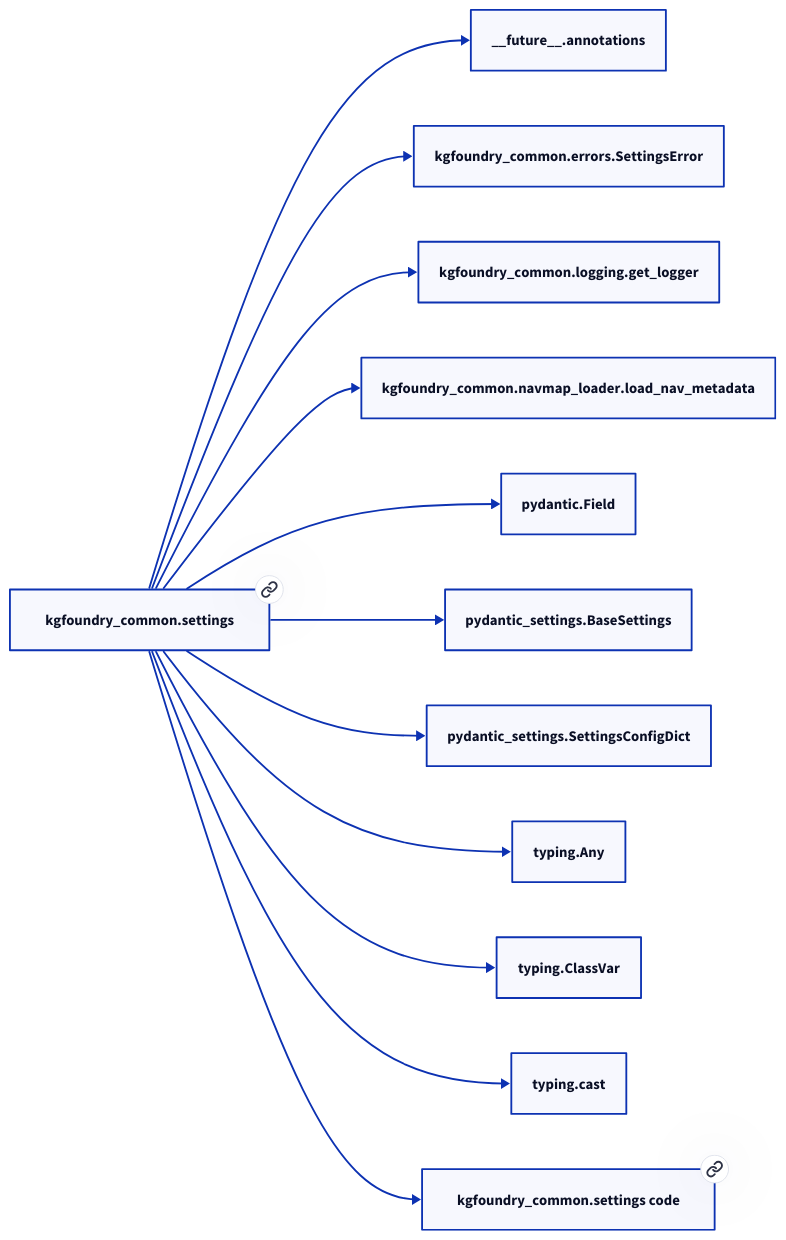
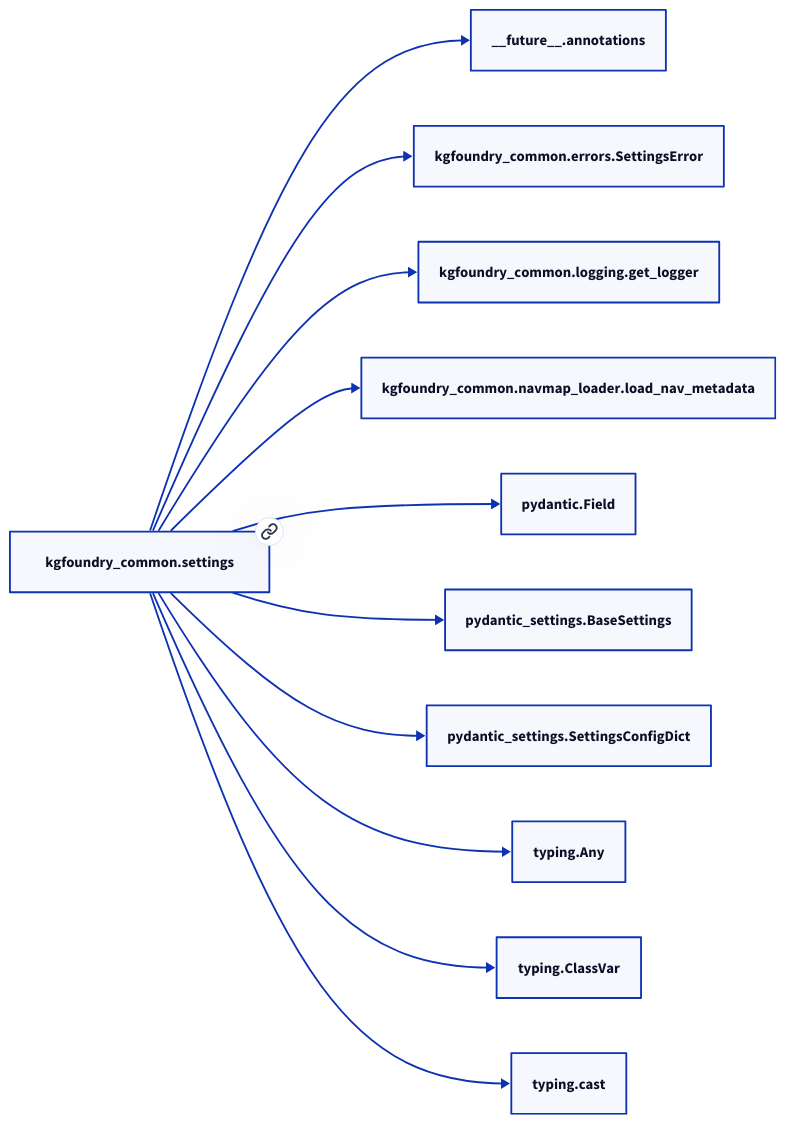
The second of 2 diagrams in docs/modules/kgfoundry_common/settings.md (paul-heyse/kgforge), drawn with D2 before and after one commit. The commit also changed other lines of this file and 118 other files, not shown here.

````diff
--- a/docs/modules/kgfoundry_common/settings.md
+++ b/docs/modules/kgfoundry_common/settings.md
@@ -77,26 +75,24 @@
 ```d2
 direction: right
-"kgfoundry_common.settings": "kgfoundry_common.settings" { link: "./kgfoundry_common/settings.md" }
+"kgfoundry_common.settings": "kgfoundry_common.settings" { link: "settings.md" }
 "__future__.annotations": "__future__.annotations"
 "kgfoundry_common.settings" -> "__future__.annotations"
 "kgfoundry_common.errors.SettingsError": "kgfoundry_common.errors.SettingsError"
 "kgfoundry_common.settings" -> "kgfoundry_common.errors.SettingsError"
 "kgfoundry_common.logging.get_logger": "kgfoundry_common.logging.get_logger"
 "kgfoundry_common.settings" -> "kgfoundry_common.logging.get_logger"
 "kgfoundry_common.navmap_loader.load_nav_metadata": "kgfoundry_common.navmap_loader.load_nav_metadata"
 "kgfoundry_common.settings" -> "kgfoundry_common.navmap_loader.load_nav_metadata"
 "pydantic.Field": "pydantic.Field"
 "kgfoundry_common.settings" -> "pydantic.Field"
 "pydantic_settings.BaseSettings": "pydantic_settings.BaseSettings"
 "kgfoundry_common.settings" -> "pydantic_settings.BaseSettings"
 "pydantic_settings.SettingsConfigDict": "pydantic_settings.SettingsConfigDict"
 "kgfoundry_common.settings" -> "pydantic_settings.SettingsConfigDict"
 "typing.Any": "typing.Any"
 "kgfoundry_common.settings" -> "typing.Any"
 "typing.ClassVar": "typing.ClassVar"
 "kgfoundry_common.settings" -> "typing.ClassVar"
 "typing.cast": "typing.cast"
 "kgfoundry_common.settings" -> "typing.cast"
-"kgfoundry_common.settings_code": "kgfoundry_common.settings code" { link: "https://github.com/kgfoundry/kgfoundry/blob/main/src/kgfoundry_common/settings.py" }
-"kgfoundry_common.settings" -> "kgfoundry_common.settings_code" { style: dashed }
 ```
````
